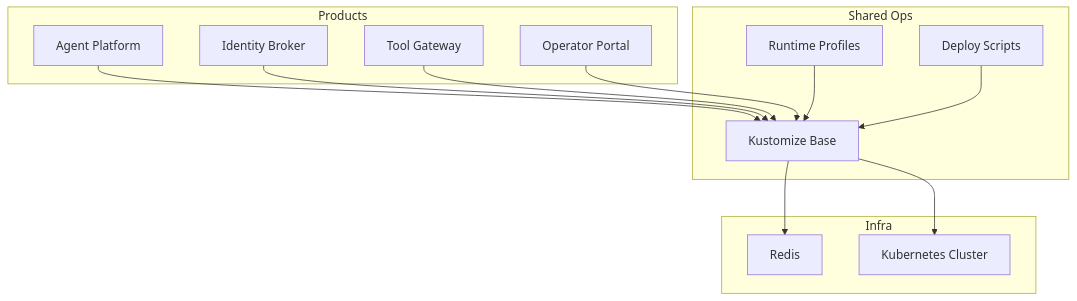
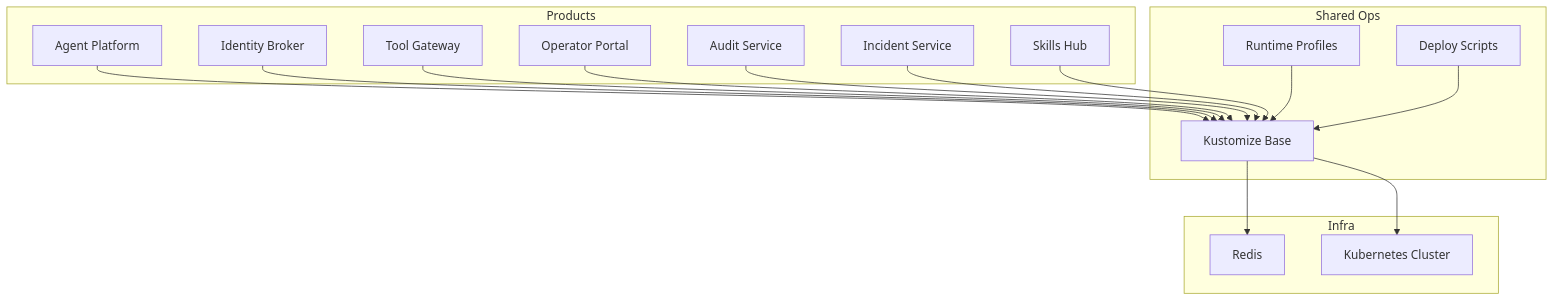
One commit to metasync/luban-aiops changed the first of 2 diagrams in .qoder/repowiki/en/content/Getting Started.md. Above: the diagram before and after it, drawn with Mermaid. The commit also changed other lines of this file and 4 other files, not shown here.

````diff
--- a/.qoder/repowiki/en/content/Getting Started.md
+++ b/.qoder/repowiki/en/content/Getting Started.md
@@ -79,26 +103,32 @@
 ```mermaid
 graph TB
 subgraph "Products"
 AP["Agent Platform"]
 IB["Identity Broker"]
 TG["Tool Gateway"]
 OP["Operator Portal"]
+AS["Audit Service"]
+IS["Incident Service"]
+SH["Skills Hub"]
 end
 subgraph "Shared Ops"
 KO["Kustomize Base"]
 RP["Runtime Profiles"]
 DS["Deploy Scripts"]
 end
 subgraph "Infra"
 RDS["Redis"]
 K8S["Kubernetes Cluster"]
 end
 AP --> KO
 IB --> KO
 TG --> KO
 OP --> KO
+AS --> KO
+IS --> KO
+SH --> KO
 KO --> RDS
 KO --> K8S
 RP --> KO
 DS --> KO
 ```
````
